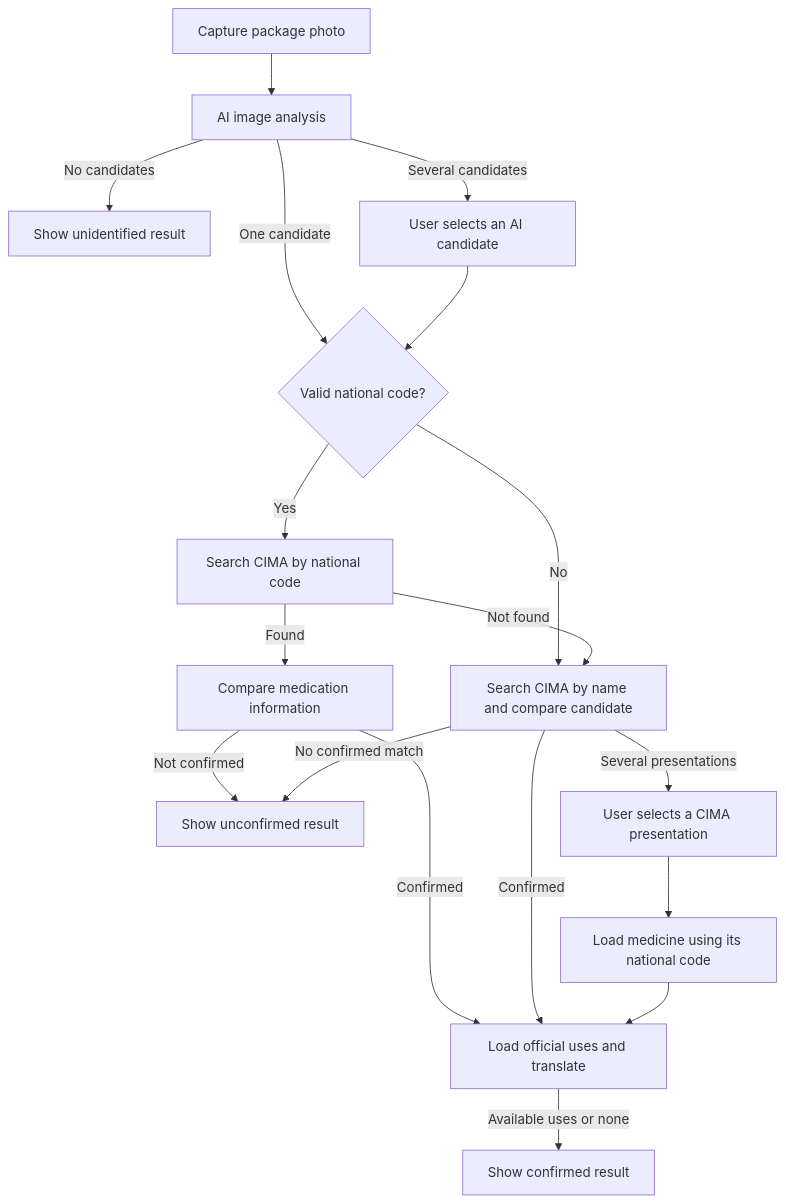
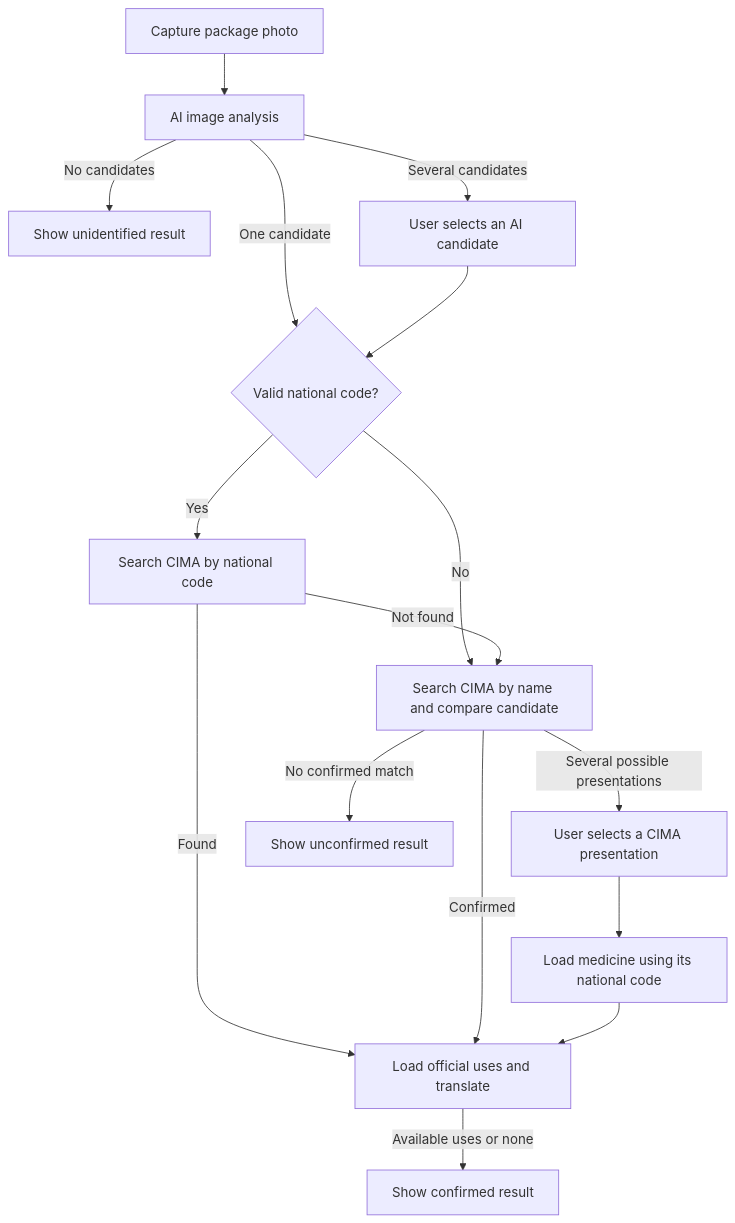
Before and after one commit to aialaelejalde/MedClue: the second of 2 diagrams in docs/ARCHITECTURE.md, drawn with Mermaid. The commit also changed other lines of this file and 7 other files, not shown here.

````diff
--- a/docs/ARCHITECTURE.md
+++ b/docs/ARCHITECTURE.md
@@ -62,20 +62,18 @@
 ```mermaid
 flowchart TD
     Photo[Capture package photo] --> AI[AI image analysis]
     AI -->|No candidates| Unknown[Show unidentified result]
     AI -->|One candidate| Code{Valid national code?}
     AI -->|Several candidates| SelectAI[User selects an AI candidate]
     SelectAI --> Code
     Code -->|Yes| Lookup[Search CIMA by national code]
     Code -->|No| Search[Search CIMA by name and compare candidate]
     Lookup -->|Not found| Search
-    Lookup -->|Found| Compare[Compare medication information]
-    Compare -->|Confirmed| Uses[Load official uses and translate]
-    Compare -->|Not confirmed| Unconfirmed[Show unconfirmed result]
-    Search -->|Several presentations| SelectCIMA[User selects a CIMA presentation]
+    Lookup -->|Found| Uses[Load official uses and translate]
+    Search -->|Several possible presentations| SelectCIMA[User selects a CIMA presentation]
     SelectCIMA --> Load[Load medicine using its national code]
-    Search -->|No confirmed match| Unconfirmed
+    Search -->|No confirmed match| Unconfirmed[Show unconfirmed result]
     Search -->|Confirmed| Uses
     Load --> Uses
     Uses -->|Available uses or none| Result[Show confirmed result]
 ```
````
